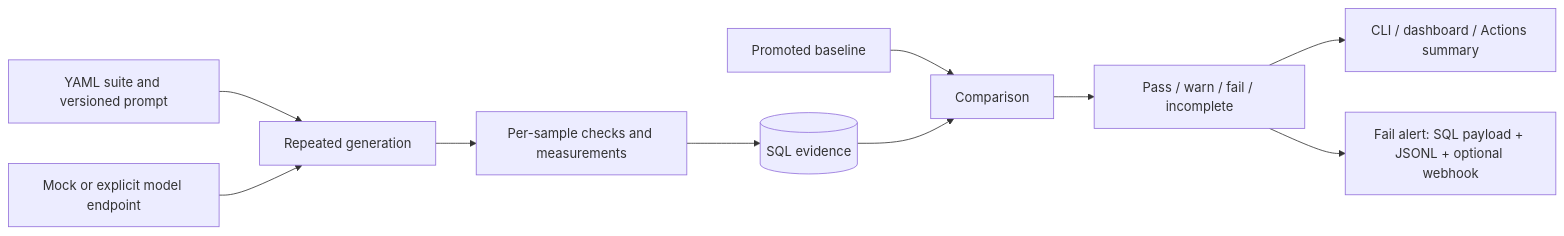
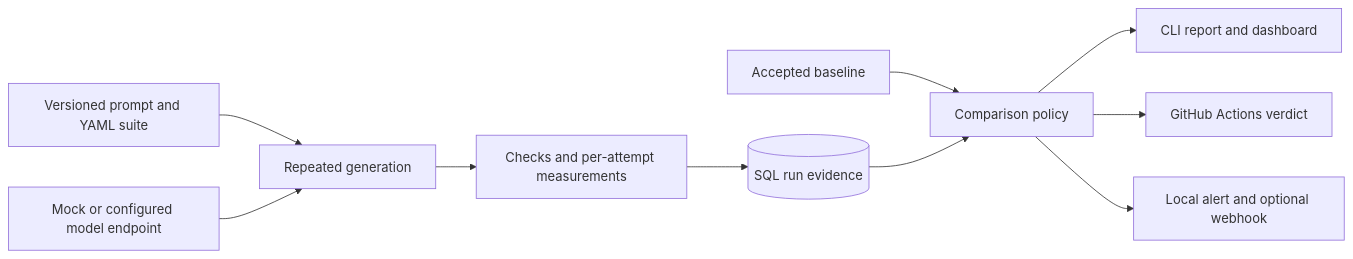
The diagram in README.md (manynames3/regressguard), drawn with Mermaid before and after one commit. The commit also changed other lines of this file, not shown here.

Commit message:
Lead portfolio README with release risk, engineering decisions and observed evidence

````diff
--- a/README.md
+++ b/README.md
@@ -59,12 +83,12 @@
 ```mermaid
 flowchart LR
-    S[YAML suite and versioned prompt] --> R[Repeated generation]
-    P[Mock or explicit model endpoint] --> R
-    R --> E[Per-sample checks and measurements]
-    E --> D[(SQL evidence)]
-    B[Promoted baseline] --> C[Comparison]
+    S[Versioned prompt and YAML suite] --> R[Repeated generation]
+    P[Mock or configured model endpoint] --> R
+    R --> E[Checks and per-attempt measurements]
+    E --> D[(SQL run evidence)]
+    B[Accepted baseline] --> C[Comparison policy]
     D --> C
-    C --> V[Pass / warn / fail / incomplete]
-    V --> U[CLI / dashboard / Actions summary]
-    V --> A[Fail alert: SQL payload + JSONL + optional webhook]
+    C --> U[CLI report and dashboard]
+    C --> G[GitHub Actions verdict]
+    C --> A[Local alert and optional webhook]
 ```
````
